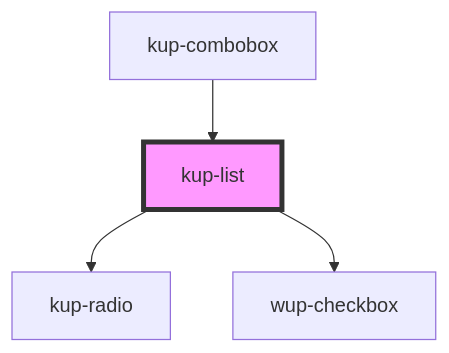
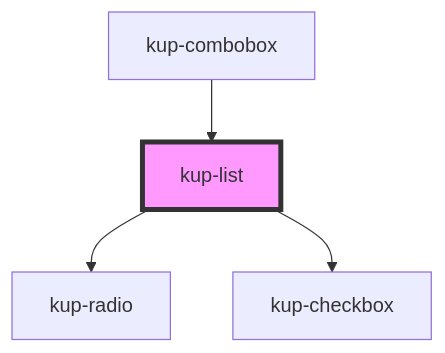
Before and after one commit to smeup/ketchup: the diagram in packages/ketchup/src/components/kup-list/readme.md, drawn with Mermaid. The commit also changed other lines of this file and 60 other files, not shown here.

Commit message:
wup icon > kup icon. Fixes to showcase. Regen of readme files.

````diff
--- a/packages/ketchup/src/components/kup-list/readme.md
+++ b/packages/ketchup/src/components/kup-list/readme.md
@@ -41,7 +41,7 @@
 ```mermaid
 graph TD;
   kup-list --> kup-radio
-  kup-list --> wup-checkbox
+  kup-list --> kup-checkbox
   kup-combobox --> kup-list
   style kup-list fill:#f9f,stroke:#333,stroke-width:4px
 ```
````
